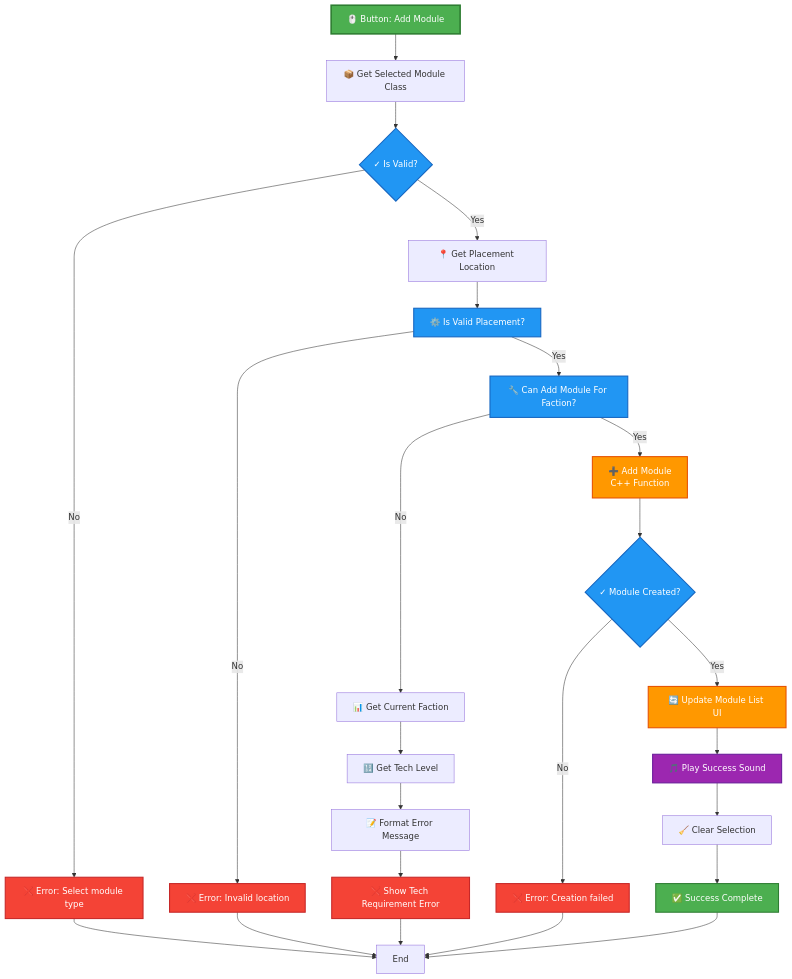
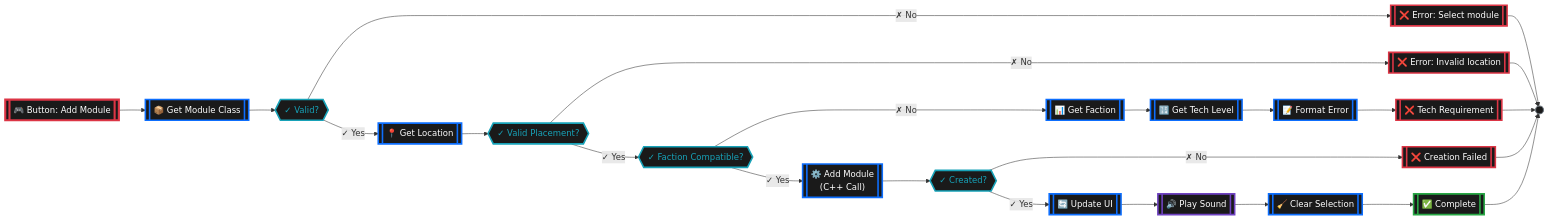
Before and after one commit to Mittenzx/Adastrea: the fourth of 9 diagrams in BLUEPRINT_DISPLAY_GUIDE.md, drawn with Mermaid. The commit also changed other lines of this file and 2 other files, not shown here.

First line of the commit message:
Update Mermaid diagrams with Unreal Engine node styling

````diff
--- a/BLUEPRINT_DISPLAY_GUIDE.md
+++ b/BLUEPRINT_DISPLAY_GUIDE.md
@@ -146,40 +150,47 @@
 ```mermaid
-graph TD
-    A[🖱️ Button: Add Module] --> B[📦 Get Selected Module Class]
-    B --> C{✓ Is Valid?}
-    C -->|No| D[❌ Error: Select module type]
-    C -->|Yes| E[📍 Get Placement Location]
-    E --> F[⚙️ Is Valid Placement?]
-    F -->|No| G[❌ Error: Invalid location]
-    F -->|Yes| H[🔧 Can Add Module For Faction?]
-    H -->|No| I[📊 Get Current Faction]
-    I --> J[🔢 Get Tech Level]
-    J --> K[📝 Format Error Message]
-    K --> L[❌ Show Tech Requirement Error]
-    H -->|Yes| M[➕ Add Module<br/>C++ Function]
-    M --> N{✓ Module Created?}
-    N -->|No| O[❌ Error: Creation failed]
-    N -->|Yes| P[🔄 Update Module List UI]
-    P --> Q[🎵 Play Success Sound]
-    Q --> R[🧹 Clear Selection]
-    R --> S[✅ Success Complete]
-    D --> T[End]
+graph LR
+    A[["🎮 Button: Add Module"]] --> B[["📦 Get Module Class"]]
+    B --> C{{"✓ Valid?"}}
+    C -->|"✗ No"| D[["❌ Error: Select module"]]
+    C -->|"✓ Yes"| E[["📍 Get Location"]]
+    E --> F{{"✓ Valid Placement?"}}
+    F -->|"✗ No"| G[["❌ Error: Invalid location"]]
+    F -->|"✓ Yes"| H{{"✓ Faction Compatible?"}}
+    H -->|"✗ No"| I[["📊 Get Faction"]]
+    I --> J[["🔢 Get Tech Level"]]
+    J --> K[["📝 Format Error"]]
+    K --> L[["❌ Tech Requirement"]]
+    H -->|"✓ Yes"| M[["⚙️ Add Module<br/>(C++ Call)"]]
+    M --> N{{"✓ Created?"}}
+    N -->|"✗ No"| O[["❌ Creation Failed"]]
+    N -->|"✓ Yes"| P[["🔄 Update UI"]]
+    P --> Q[["🔊 Play Sound"]]
+    Q --> R[["🧹 Clear Selection"]]
+    R --> S[["✅ Complete"]]
+    D --> T(( ))
     G --> T
     L --> T
     O --> T
     S --> T
     
-    style A fill:#4CAF50,stroke:#2E7D32,stroke-width:3px,color:#fff
-    style C fill:#2196F3,stroke:#1565C0,stroke-width:2px,color:#fff
-    style F fill:#2196F3,stroke:#1565C0,stroke-width:2px,color:#fff
-    style H fill:#2196F3,stroke:#1565C0,stroke-width:2px,color:#fff
-    style N fill:#2196F3,stroke:#1565C0,stroke-width:2px,color:#fff
-    style D fill:#F44336,stroke:#C62828,stroke-width:2px,color:#fff
-    style G fill:#F44336,stroke:#C62828,stroke-width:2px,color:#fff
-    style L fill:#F44336,stroke:#C62828,stroke-width:2px,color:#fff
-    style O fill:#F44336,stroke:#C62828,stroke-width:2px,color:#fff
-    style M fill:#FF9800,stroke:#E65100,stroke-width:2px,color:#fff
-    style P fill:#FF9800,stroke:#E65100,stroke-width:2px,color:#fff
-    style Q fill:#9C27B0,stroke:#6A1B9A,stroke-width:2px,color:#fff
-    style S fill:#4CAF50,stroke:#2E7D32,stroke-width:2px,color:#fff
+    style A fill:#1a1a1a,stroke:#DC3545,stroke-width:4px,color:#fff,rx:10,ry:10
+    style B fill:#1a1a1a,stroke:#0d6efd,stroke-width:3px,color:#fff,rx:10,ry:10
+    style C fill:#1a1a1a,stroke:#17a2b8,stroke-width:3px,color:#17a2b8
+    style D fill:#1a1a1a,stroke:#DC3545,stroke-width:3px,color:#fff,rx:10,ry:10
+    style E fill:#1a1a1a,stroke:#0d6efd,stroke-width:3px,color:#fff,rx:10,ry:10
+    style F fill:#1a1a1a,stroke:#17a2b8,stroke-width:3px,color:#17a2b8
+    style G fill:#1a1a1a,stroke:#DC3545,stroke-width:3px,color:#fff,rx:10,ry:10
+    style H fill:#1a1a1a,stroke:#17a2b8,stroke-width:3px,color:#17a2b8
+    style I fill:#1a1a1a,stroke:#0d6efd,stroke-width:3px,color:#fff,rx:10,ry:10
+    style J fill:#1a1a1a,stroke:#0d6efd,stroke-width:3px,color:#fff,rx:10,ry:10
+    style K fill:#1a1a1a,stroke:#0d6efd,stroke-width:3px,color:#fff,rx:10,ry:10
+    style L fill:#1a1a1a,stroke:#DC3545,stroke-width:3px,color:#fff,rx:10,ry:10
+    style M fill:#1a1a1a,stroke:#0d6efd,stroke-width:3px,color:#fff,rx:10,ry:10
+    style N fill:#1a1a1a,stroke:#17a2b8,stroke-width:3px,color:#17a2b8
+    style O fill:#1a1a1a,stroke:#DC3545,stroke-width:3px,color:#fff,rx:10,ry:10
+    style P fill:#1a1a1a,stroke:#0d6efd,stroke-width:3px,color:#fff,rx:10,ry:10
+    style Q fill:#1a1a1a,stroke:#6f42c1,stroke-width:3px,color:#fff,rx:10,ry:10
+    style R fill:#1a1a1a,stroke:#0d6efd,stroke-width:3px,color:#fff,rx:10,ry:10
+    style S fill:#1a1a1a,stroke:#28a745,stroke-width:3px,color:#fff,rx:10,ry:10
+    style T fill:#1a1a1a,stroke:#6c757d,stroke-width:2px,color:#fff
 ```
````
